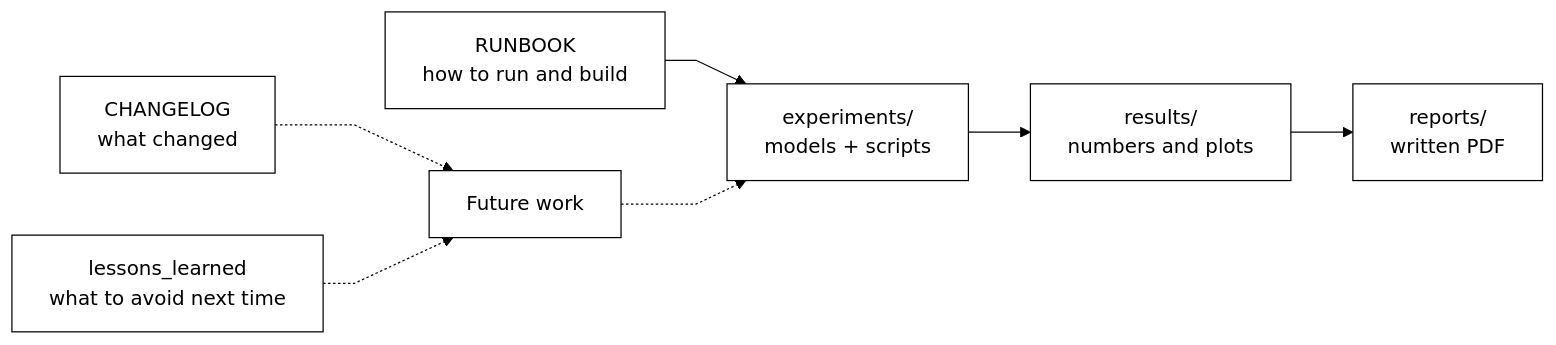
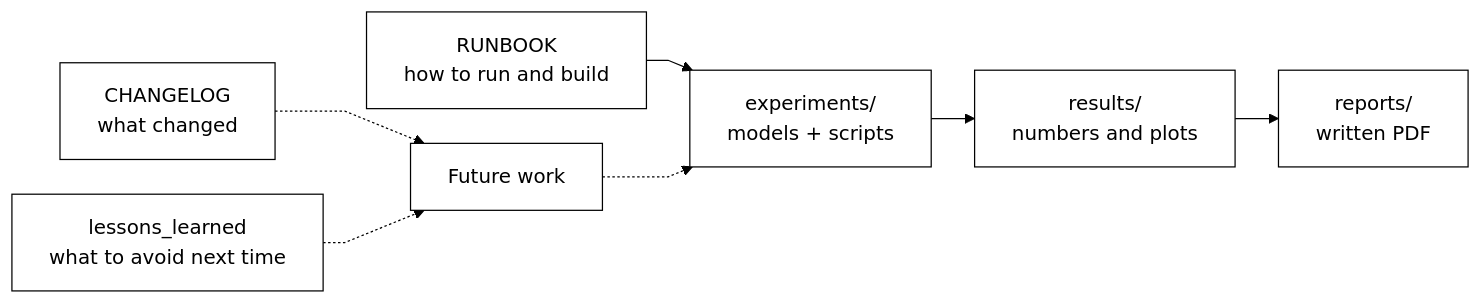
Before and after one commit to kunalkushwahatg/Direct-torque-control-of-PMSM-motor: the diagram in docs/README.md, drawn with Mermaid. The commit also changed 6 other files, not shown here.

Commit message:
Remove Mermaid shadows and simplify diagram styling

````diff
--- a/docs/README.md
+++ b/docs/README.md
@@ -9,11 +9,11 @@
 ```mermaid
-%%{init: {'theme': 'base', 'themeVariables': {'primaryColor': '#ffffff', 'primaryTextColor': '#000000', 'primaryBorderColor': '#000000', 'lineColor': '#000000', 'secondaryColor': '#ffffff', 'tertiaryColor': '#ffffff', 'fontFamily': 'Helvetica'}, 'flowchart': {'curve': 'linear'}} }%%
+%%{init: {'theme': 'base', 'themeVariables': {'primaryColor': '#ffffff', 'primaryTextColor': '#000000', 'primaryBorderColor': '#000000', 'lineColor': '#000000', 'secondaryColor': '#ffffff', 'tertiaryColor': '#ffffff', 'fontFamily': 'Helvetica, Arial, sans-serif'}, 'flowchart': {'curve': 'linear', 'nodeSpacing': 28, 'rankSpacing': 35}, 'themeCSS': '.node rect, .node circle, .node ellipse, .node polygon, .node path { filter: none !important; stroke-width: 1px !important; } .cluster rect { filter: none !important; } .edgePath path { filter: none !important; stroke-width: 1px !important; }'}}%%
 flowchart LR
     RB["RUNBOOK<br/>how to run and build"] --> EX["experiments/<br/>models + scripts"]
     EX --> RES["results/<br/>numbers and plots"]
     RES --> REP["reports/<br/>written PDF"]
 
     CL["CHANGELOG<br/>what changed"] -.-> FW["Future work"]
     LL["lessons_learned<br/>what to avoid next time"] -.-> FW
     FW -.-> EX
 ```
````
